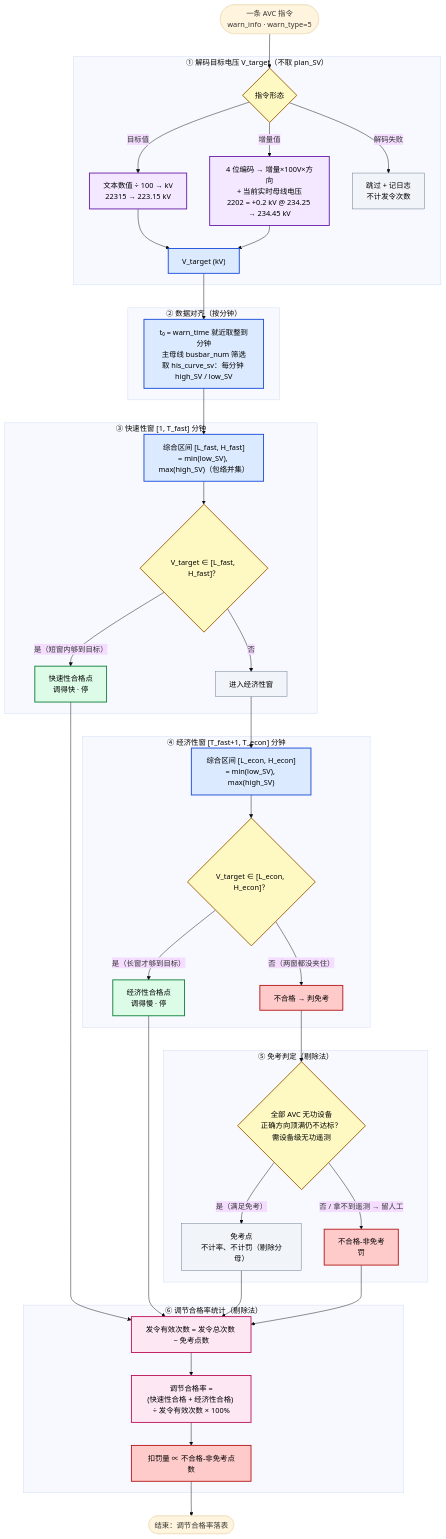
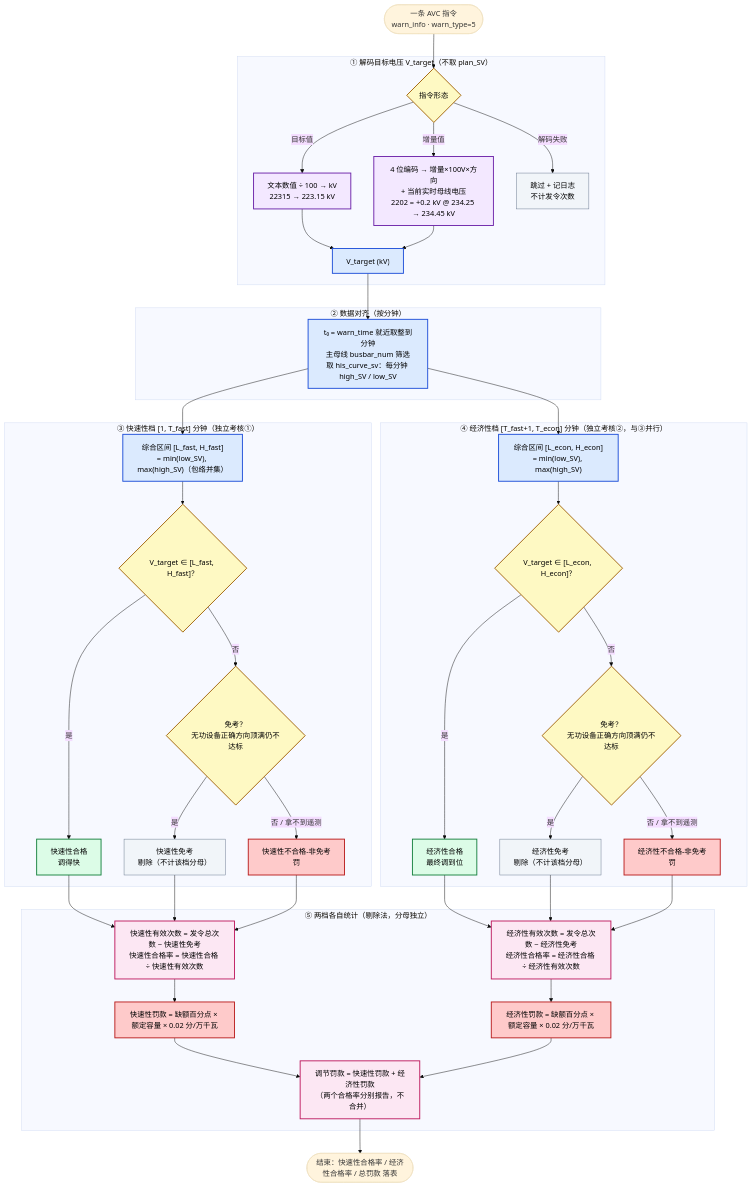
Before and after one commit to 18809887736/VQMS: the second of 2 diagrams in docs/核心算法流程图/AVC考核核心算法_流程图.md, drawn with Mermaid (base theme). The commit also changed other lines of this file and 5 other files, not shown here.

````diff
--- a/docs/核心算法流程图/AVC考核核心算法_流程图.md
+++ b/docs/核心算法流程图/AVC考核核心算法_流程图.md
@@ -66,66 +66,66 @@
 ```mermaid
 graph TD
     classDef s1 fill:#f3e8ff,stroke:#6b21a8,stroke-width:2px,color:#000
     classDef s2 fill:#dbeafe,stroke:#1d4ed8,stroke-width:2px,color:#000
     classDef gate fill:#fef9c3,stroke:#a16207,stroke-width:2px,color:#000
     classDef pass fill:#dcfce7,stroke:#15803d,stroke-width:2px,color:#000
     classDef fail fill:#fecaca,stroke:#b91c1c,stroke-width:2px,color:#000
     classDef skip fill:#f1f5f9,stroke:#64748b,stroke-width:1px,color:#000
     classDef out fill:#fce7f3,stroke:#be185d,stroke-width:2px,color:#000
 
     Start(["一条 AVC 指令<br/>warn_info · warn_type=5"]) --> A1
 
     subgraph 解码 ["① 解码目标电压 V_target（不取 plan_SV）"]
         A1{"指令形态"}:::gate
         A1 -->|"目标值"| A2["文本数值 ÷ 100 → kV<br/>22315 → 223.15 kV"]:::s1
         A1 -->|"增量值"| A3["4 位编码 → 增量×100V×方向<br/>+ 当前实时母线电压<br/>2202 = +0.2 kV @ 234.25 → 234.45 kV"]:::s1
         A2 --> A4["V_target (kV)"]:::s2
         A3 --> A4
         A1 -->|"解码失败"| S1["跳过 + 记日志<br/>不计发令次数"]:::skip
     end
 
     A4 --> B1
 
     subgraph 对齐 ["② 数据对齐（按分钟）"]
         B1["t₀ = warn_time 就近取整到分钟<br/>主母线 busbar_num 筛选<br/>取 his_curve_sv：每分钟 high_SV / low_SV"]:::s2
     end
 
     B1 --> C1
+    B1 --> D1
 
-    subgraph 快速窗 ["③ 快速性窗 [1, T_fast] 分钟"]
+    subgraph 快速窗 ["③ 快速性档 [1, T_fast] 分钟（独立考核①）"]
         C1["综合区间 [L_fast, H_fast]<br/>= min(low_SV), max(high_SV)（包络并集）"]:::s2
         C1 --> C2{"V_target ∈ [L_fast, H_fast]？"}:::gate
-        C2 -->|"是（短窗内够到目标）"| Q1["快速性合格点<br/>调得快 · 停"]:::pass
-        C2 -->|"否"| C3["进入经济性窗"]:::skip
+        C2 -->|"是"| Q1["快速性合格<br/>调得快"]:::pass
+        C2 -->|"否"| CF1{"免考？<br/>无功设备正确方向顶满仍不达标"}:::gate
+        CF1 -->|"是"| QF1["快速性免考<br/>剔除（不计该档分母）"]:::skip
+        CF1 -->|"否 / 拿不到遥测"| QF2["快速性不合格-非免考<br/>罚"]:::fail
     end
 
-    C3 --> D1
-
-    subgraph 经济窗 ["④ 经济性窗 [T_fast+1, T_econ] 分钟"]
+    subgraph 经济窗 ["④ 经济性档 [T_fast+1, T_econ] 分钟（独立考核②，与③并行）"]
         D1["综合区间 [L_econ, H_econ]<br/>= min(low_SV), max(high_SV)"]:::s2
         D1 --> D2{"V_target ∈ [L_econ, H_econ]？"}:::gate
-        D2 -->|"是（长窗才够到目标）"| Q2["经济性合格点<br/>调得慢 · 停"]:::pass
-        D2 -->|"否（两窗都没夹住）"| E0["不合格 → 判免考"]:::fail
+        D2 -->|"是"| Q2["经济性合格<br/>最终调到位"]:::pass
+        D2 -->|"否"| DF1{"免考？<br/>无功设备正确方向顶满仍不达标"}:::gate
+        DF1 -->|"是"| QE1["经济性免考<br/>剔除（不计该档分母）"]:::skip
+        DF1 -->|"否 / 拿不到遥测"| QE2["经济性不合格-非免考<br/>罚"]:::fail
     end
 
-    E0 --> F1
+    Q1 --> RF0
+    QF1 --> RF0
+    QF2 --> RF0
+    Q2 --> RE0
+    QE1 --> RE0
+    QE2 --> RE0
 
-    subgraph 免考 ["⑤ 免考判定（剔除法）"]
-        F1{"全部 AVC 无功设备<br/>正确方向顶满仍不达标？<br/>需设备级无功遥测"}:::gate
-        F1 -->|"是（满足免考）"| Q3["免考点<br/>不计率、不计罚（剔除分母）"]:::skip
-        F1 -->|"否 / 拿不到遥测 → 留人工"| Q4["不合格-非免考<br/>罚"]:::fail
+    subgraph 统计 ["⑤ 两档各自统计（剔除法，分母独立）"]
+        RF0["快速性有效次数 = 发令总次数 − 快速性免考<br/>快速性合格率 = 快速性合格 ÷ 快速性有效次数"]:::out
+        RE0["经济性有效次数 = 发令总次数 − 经济性免考<br/>经济性合格率 = 经济性合格 ÷ 经济性有效次数"]:::out
+        RF0 --> RF1["快速性罚款 = 缺额百分点 × 额定容量 × 0.02 分/万千瓦"]:::fail
+        RE0 --> RE1["经济性罚款 = 缺额百分点 × 额定容量 × 0.02 分/万千瓦"]:::fail
+        RF1 --> SUM["调节罚款 = 快速性罚款 + 经济性罚款<br/>（两个合格率分别报告，不合并）"]:::out
+        RE1 --> SUM
     end
 
-    Q1 --> R1
-    Q2 --> R1
-    Q3 --> R1
-    Q4 --> R1
-
-    subgraph 统计 ["⑥ 调节合格率统计（剔除法）"]
-        R1["发令有效次数 = 发令总次数 − 免考点数"]:::out
-        R1 --> R2["调节合格率 =<br/>(快速性合格 + 经济性合格) ÷ 发令有效次数 × 100%"]:::out
-        R2 --> R3["扣罚量 ∝ 不合格-非免考点数"]:::fail
-    end
-
-    R3 --> End(["结束：调节合格率落表"])
+    SUM --> End(["结束：快速性合格率 / 经济性合格率 / 总罚款 落表"])
 ```
````
